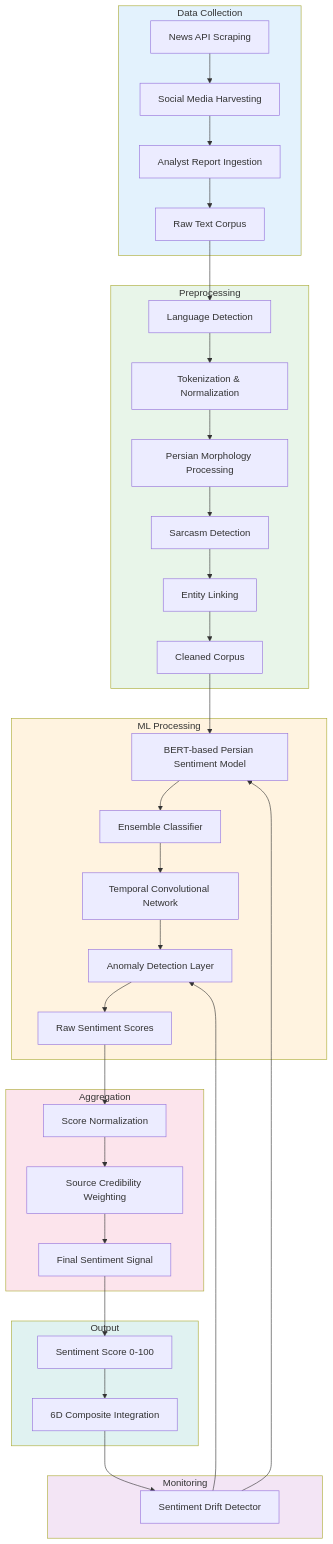
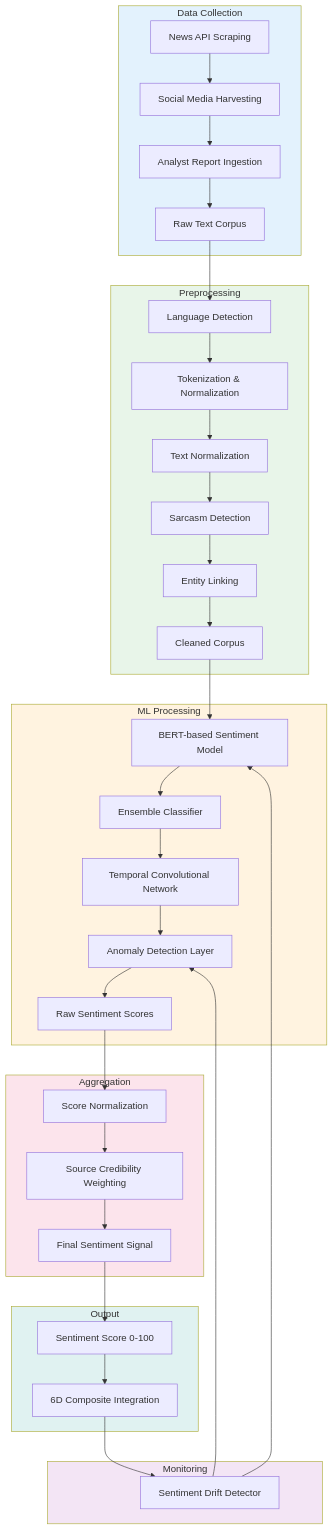
Before and after one commit to Shakour-Data/BedaanWaves: the first of 3 diagrams in docs/analysis/sentiment_analysis.md, drawn with Mermaid. The commit also changed other lines of this file and 51 other files, not shown here.

````diff
--- a/docs/analysis/sentiment_analysis.md
+++ b/docs/analysis/sentiment_analysis.md
@@ -115,49 +115,49 @@
 ```mermaid
 flowchart TD
     subgraph Data_Collection[" Data Collection"]
         A1[News API Scraping] --> A2[Social Media Harvesting]
         A2 --> A3[Analyst Report Ingestion]
         A3 --> A4[Raw Text Corpus]
     end
 
     subgraph Preprocessing[" Preprocessing"]
         A4 --> B1[Language Detection]
         B1 --> B2[Tokenization & Normalization]
-        B2 --> B3[Persian Morphology Processing]
+        B2 -->         B3[Text Normalization]
         B3 --> B4[Sarcasm Detection]
         B4 --> B5[Entity Linking]
         B5 --> B6[Cleaned Corpus]
     end
 
     subgraph ML_Processing[" ML Processing"]
-        B6 --> C1[BERT-based Persian Sentiment Model]
+        B6 -->         C1[BERT-based Sentiment Model]
         C1 --> C2[Ensemble Classifier]
         C2 --> C3[Temporal Convolutional Network]
         C3 --> C4[Anomaly Detection Layer]
         C4 --> C5[Raw Sentiment Scores]
     end
 
     subgraph Aggregation[" Aggregation"]
         C5 --> D1[Score Normalization]
         D1 --> D2[Source Credibility Weighting]
         D2 --> D3[Final Sentiment Signal]
     end
 
     subgraph Output[" Output"]
         D3 --> E1[Sentiment Score 0-100]
         E1 --> E2[6D Composite Integration]
     end
 
     subgraph Monitoring[" Monitoring"]
         E2 --> F1[Sentiment Drift Detector]
         F1 --> C1
         F1 --> C4
     end
 
     style Data_Collection fill:#e3f2fd
     style Preprocessing fill:#e8f5e9
     style ML_Processing fill:#fff3e0
     style Aggregation fill:#fce4ec
     style Output fill:#e0f2f1
     style Monitoring fill:#f3e5f5
 ```
````
